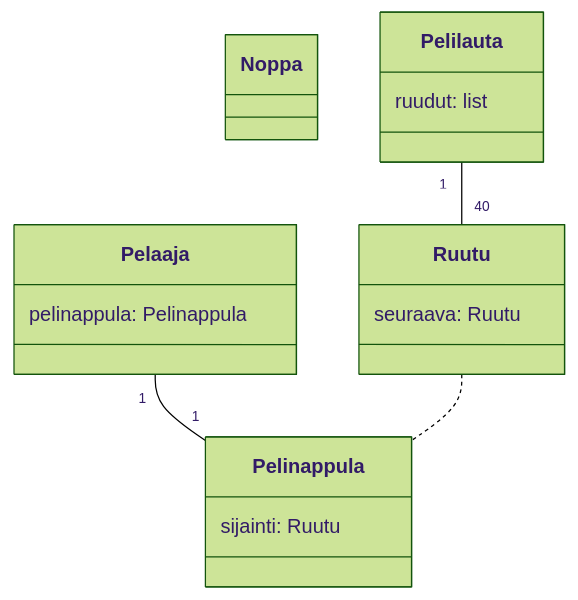
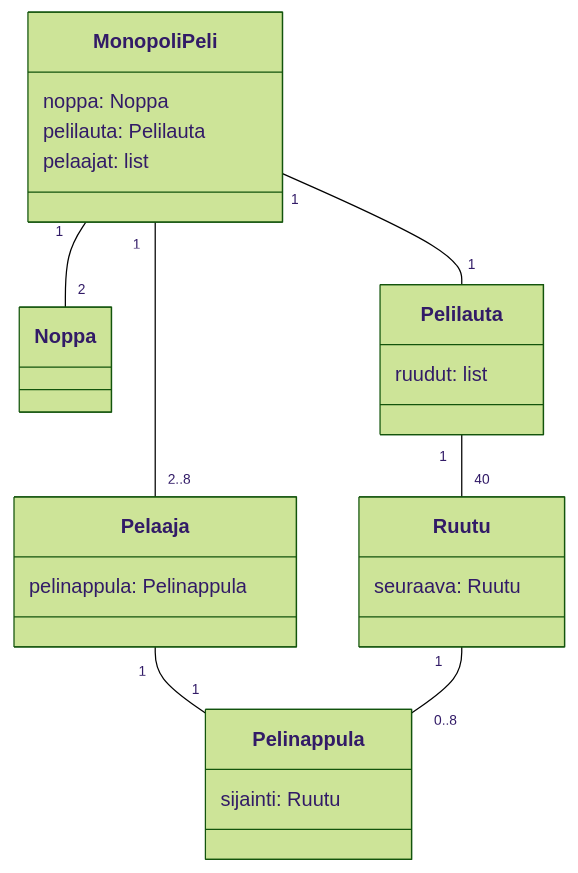
The diagram in laskarit/viikko3/monopoli.md (eemilhaa/ot-harjoitustyo), drawn with Mermaid (forest theme) before and after one commit.

Commit message:
ex1 done

````diff
--- a/laskarit/viikko3/monopoli.md
+++ b/laskarit/viikko3/monopoli.md
@@ -2,19 +2,27 @@
 ```mermaid
 classDiagram
   class Noppa
   class Pelaaja{
     pelinappula: Pelinappula
   }
   class Pelilauta {
     ruudut: list
   }
   class Ruutu{
     seuraava: Ruutu
   }
   class Pelinappula {
     sijainti: Ruutu
   }
+  class MonopoliPeli{
+    noppa: Noppa
+    pelilauta: Pelilauta
+    pelaajat: list
+  }
   Pelaaja "1"--"1" Pelinappula
-  Ruutu .. Pelinappula
+  Ruutu "1"--"0..8" Pelinappula
   Pelilauta "1"--"40" Ruutu
+  MonopoliPeli "1"--"2" Noppa
+  MonopoliPeli "1"--"2..8" Pelaaja
+  MonopoliPeli "1"--"1" Pelilauta
 ```
````
